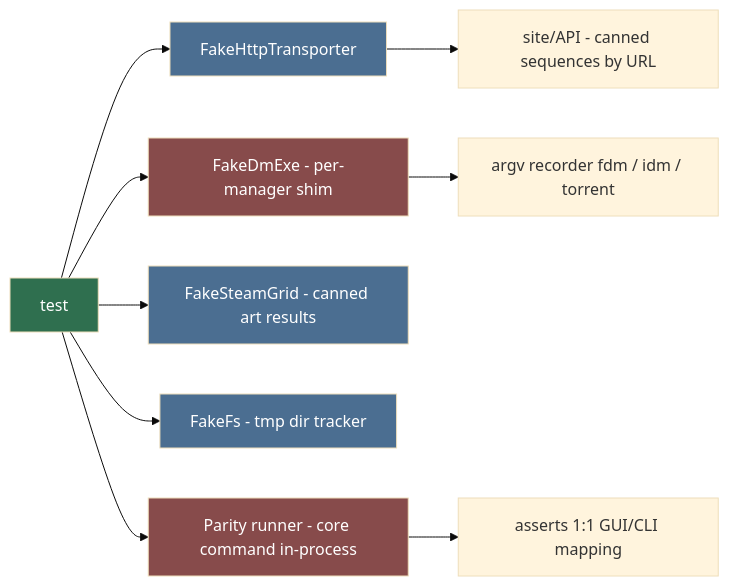
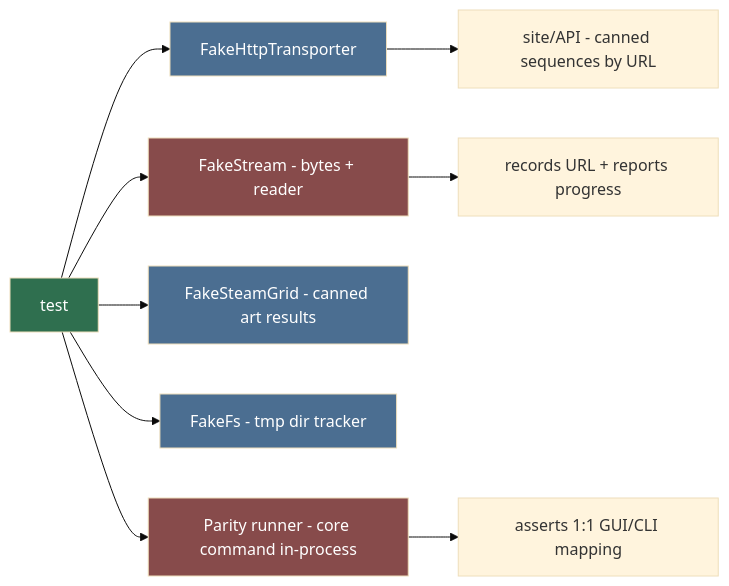
The diagram in .agents/agents/testing/mock-engineer/mock-engineer.md (HELIX-Origin/LewdZone-Launcher), drawn with Mermaid (base theme) before and after one commit. The commit also changed other lines of this file and 19 other files, not shown here.

````diff
--- a/.agents/agents/testing/mock-engineer/mock-engineer.md
+++ b/.agents/agents/testing/mock-engineer/mock-engineer.md
@@ -19,18 +19,18 @@
 ```mermaid
 flowchart LR
     T[test] --> FAKE[FakeHttpTransporter]
     FAKE --> S["site/API - canned sequences by URL"]
-    T --> FD[FakeDmExe - per-manager shim]
-    FD --> F["argv recorder fdm / idm / torrent"]
+    T --> FD[FakeStream - bytes + reader]
+    FD --> F["records URL + reports progress"]
     T --> FSG[FakeSteamGrid - canned art results]
     T --> FS[FakeFs - tmp dir tracker]
     T --> P[Parity runner - core command in-process]
     P --> R[asserts 1:1 GUI/CLI mapping]
 
     style T fill:#2f6f4f,color:#fff
     style FAKE fill:#4b6e91,color:#fff
     style FD fill:#874b4b,color:#fff
     style FSG fill:#4b6e91,color:#fff
     style FS fill:#4b6e91,color:#fff
     style P fill:#874b4b,color:#fff
 ```
````
